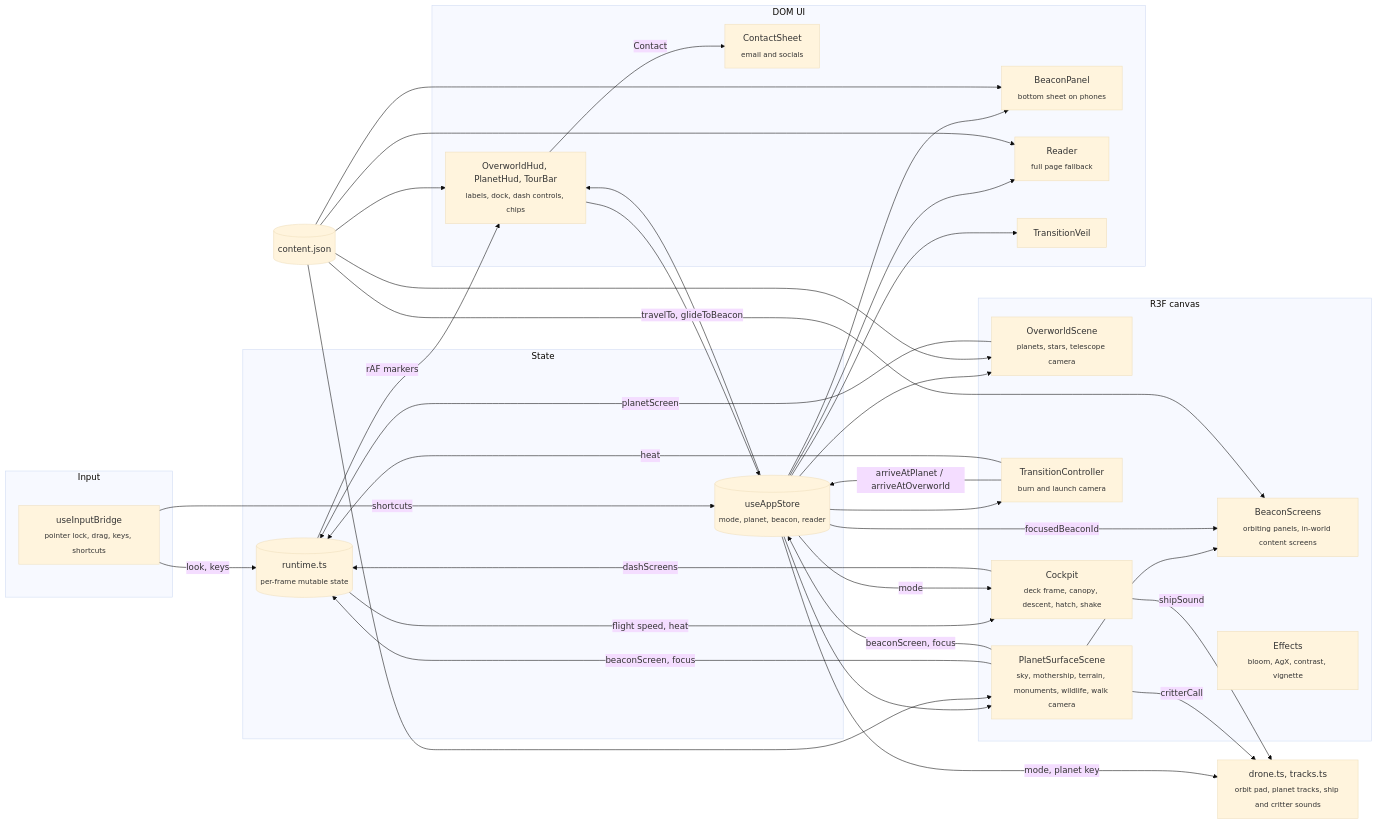
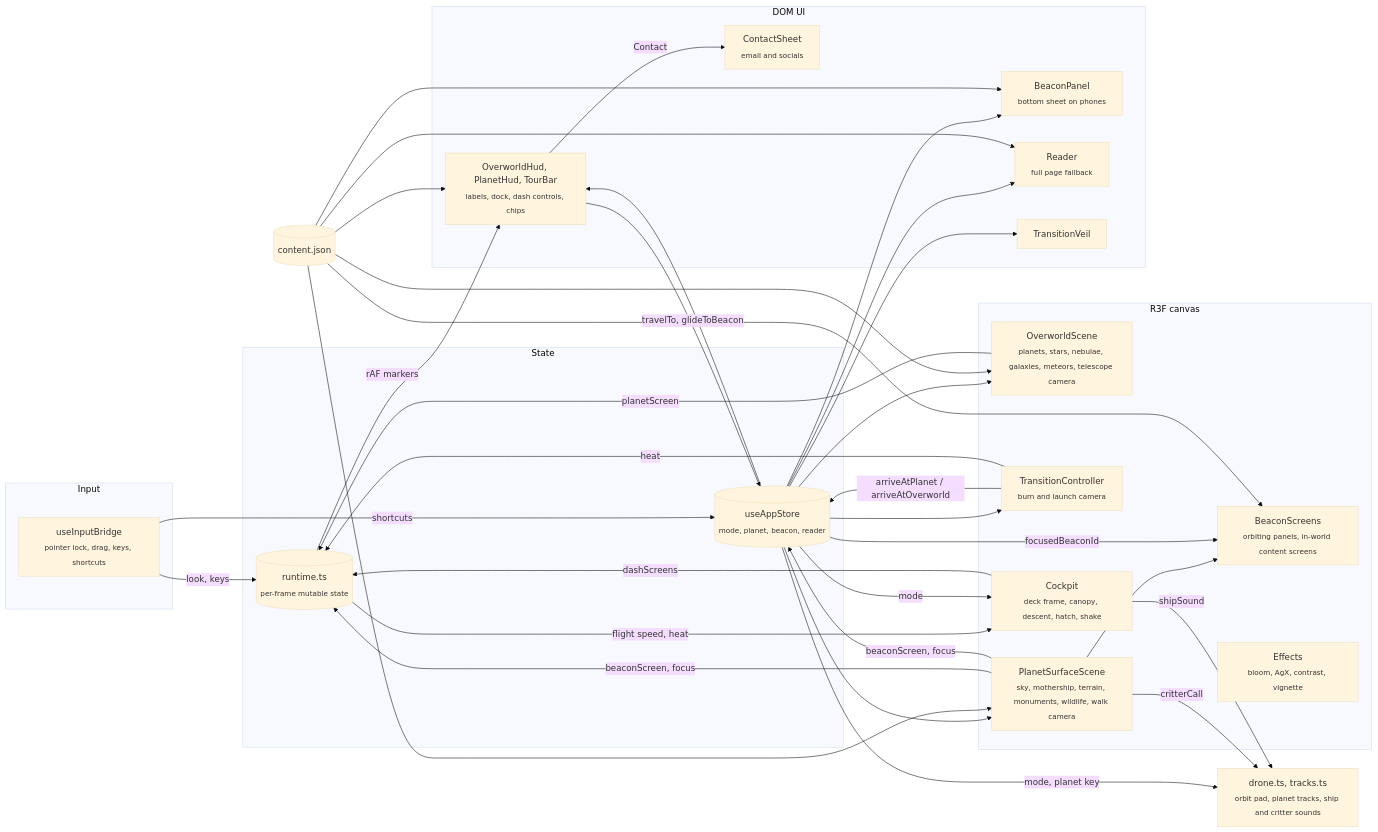
One commit to teddycitrus/portfolio changed the first of 2 diagrams in README.md. Above: the diagram before and after it, drawn with Mermaid (base theme). The commit also changed other lines of this file and 6 other files, not shown here.

Commit message:
added nebulae, galaxies and meteors, enlarged planets, redid dash keys

````diff
--- a/README.md
+++ b/README.md
@@ -19,47 +19,47 @@
 ```mermaid
 flowchart LR
   subgraph Input
     bridge["useInputBridge<br/><sub>pointer lock, drag, keys, shortcuts</sub>"]
   end
   subgraph State
     store[("useAppStore<br/><sub>mode, planet, beacon, reader</sub>")]
     runtime[("runtime.ts<br/><sub>per-frame mutable state</sub>")]
   end
   subgraph Canvas["R3F canvas"]
-    overworld["OverworldScene<br/><sub>planets, stars, telescope camera</sub>"]
+    overworld["OverworldScene<br/><sub>planets, stars, nebulae, galaxies, meteors, telescope camera</sub>"]
     surface["PlanetSurfaceScene<br/><sub>sky, mothership, terrain, monuments, wildlife, walk camera</sub>"]
     screens["BeaconScreens<br/><sub>orbiting panels, in-world content screens</sub>"]
     transition["TransitionController<br/><sub>burn and launch camera</sub>"]
     ship["Cockpit<br/><sub>deck frame, canopy, descent, hatch, shake</sub>"]
     fx["Effects<br/><sub>bloom, AgX, contrast, vignette</sub>"]
   end
   subgraph DOM["DOM UI"]
     hud["OverworldHud, PlanetHud, TourBar<br/><sub>labels, dock, dash controls, chips</sub>"]
     contact["ContactSheet<br/><sub>email and socials</sub>"]
     panel["BeaconPanel<br/><sub>bottom sheet on phones</sub>"]
     reader["Reader<br/><sub>full page fallback</sub>"]
     veil["TransitionVeil"]
   end
   content[("content.json")]
   drone["drone.ts, tracks.ts<br/><sub>orbit pad, planet tracks, ship and critter sounds</sub>"]
 
   bridge -->|"look, keys"| runtime
   bridge -->|"shortcuts"| store
   store --> overworld & surface & transition & hud & panel & reader & veil
   overworld -->|"planetScreen"| runtime
   surface -->|"beaconScreen, focus"| runtime & store
   runtime -->|"rAF markers"| hud
   surface --> screens
   surface -->|"critterCall"| drone
   store -->|"focusedBeaconId"| screens
   store -->|"mode, planet key"| drone
   content --> overworld & surface & hud & panel & reader & screens
   hud -->|"travelTo, glideToBeacon"| store
   transition -->|"arriveAtPlanet / arriveAtOverworld"| store
   transition -->|"heat"| runtime
   runtime -->|"flight speed, heat"| ship
   store -->|"mode"| ship
   ship -->|"shipSound"| drone
   ship -->|"dashScreens"| runtime
   hud -->|"Contact"| contact
 ```
````
